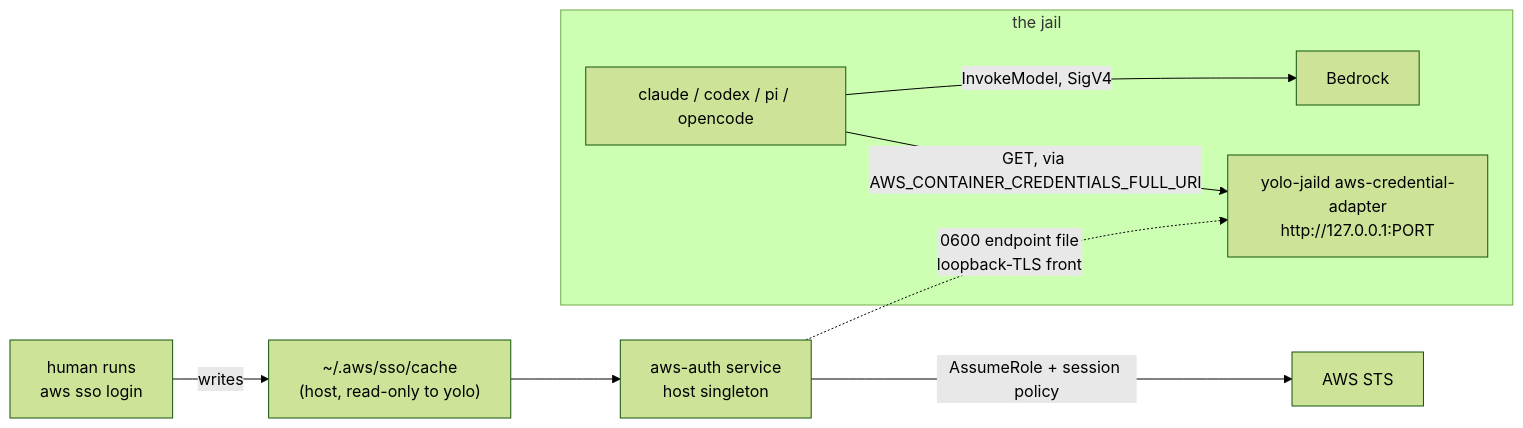
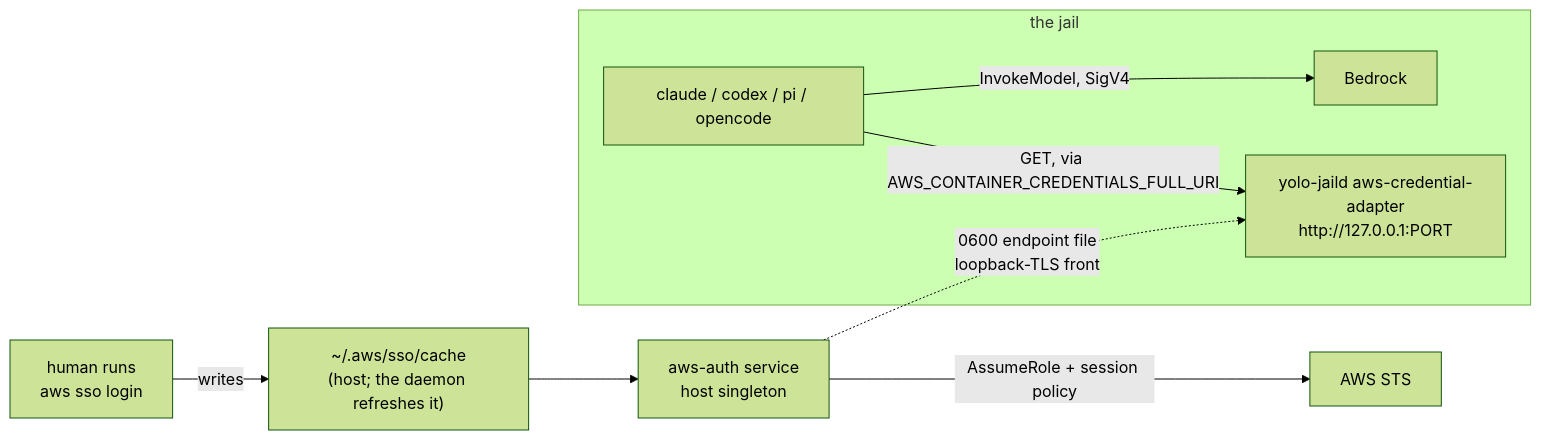
Before and after one commit to mschulkind-oss/yolo-jail: the diagram in docs/design/sso-backed-bedrock.md, drawn with Mermaid (forest theme). The commit also changed other lines of this file and 2 other files, not shown here.

````diff
--- a/docs/design/sso-backed-bedrock.md
+++ b/docs/design/sso-backed-bedrock.md
@@ -290,13 +292,13 @@
 ```mermaid
 flowchart LR
-  human["human runs<br/>aws sso login"] -->|writes| cache["~/.aws/sso/cache<br/>(host, read-only to yolo)"]
+  human["human runs<br/>aws sso login"] -->|writes| cache["~/.aws/sso/cache<br/>(host; the daemon refreshes it)"]
   cache --> svc["aws-auth service<br/>host singleton"]
   svc -->|AssumeRole + session policy| sts["AWS STS"]
   svc -.->|"0600 endpoint file<br/>loopback-TLS front"| adapter
   subgraph jail["the jail"]
     adapter["yolo-jaild aws-credential-adapter<br/>http://127.0.0.1:PORT"]
     agent["claude / codex / pi / opencode"]
     agent -->|"GET, via AWS_CONTAINER_CREDENTIALS_FULL_URI"| adapter
     agent -->|"InvokeModel, SigV4"| bedrock["Bedrock"]
   end
 ```
````
